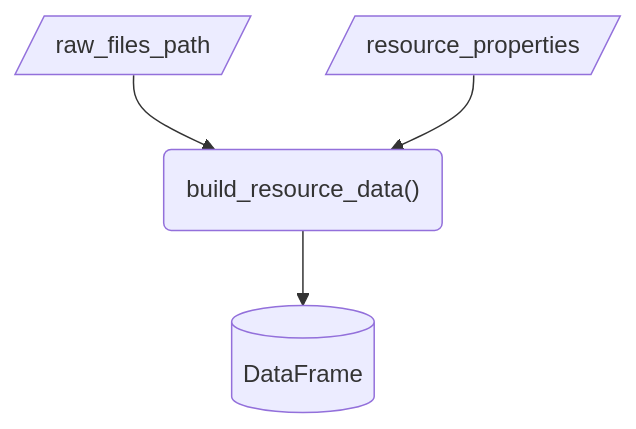
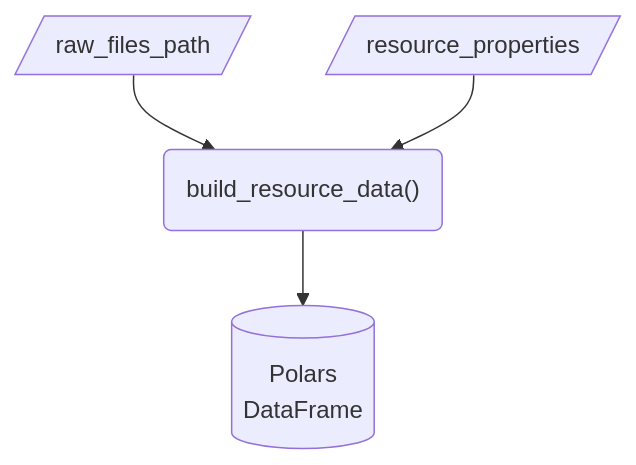
Before and after one commit to seedcase-project/seedcase-sprout: the second of 2 diagrams in docs/design/interface/functions.qmd, drawn with Mermaid. The commit also changed 1 other file, not shown here.

Commit message:
docs: :pencil2: clarifications from review

````diff
--- a/docs/design/interface/functions.qmd
+++ b/docs/design/interface/functions.qmd
@@ -135,10 +135,10 @@
 ```{mermaid}
 flowchart
     in_raw_files_path[/raw_files_path/]
     in_properties[/resource_properties/]
     function("build_resource_data()")
-    out[("DataFrame")]
+    out[("Polars<br>DataFrame")]
     in_raw_files_path --> function
     in_properties --> function
     function --> out
 ```
````
